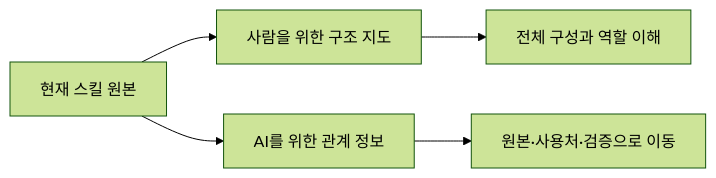
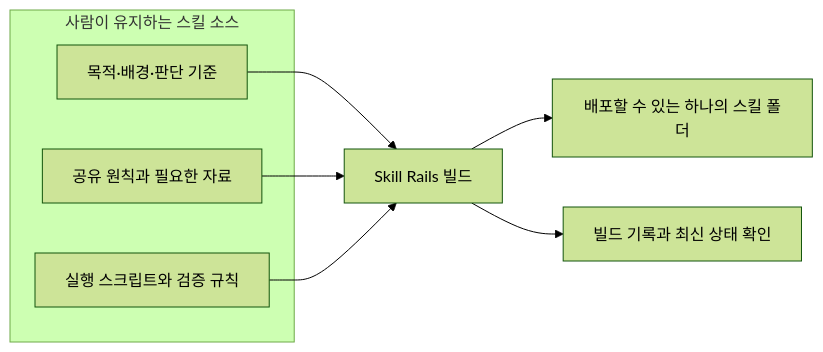
One commit to nanomia-ai/skill-rails changed the second of 2 diagrams in README.ko.md. Above: the diagram before and after it, drawn with Mermaid (forest theme). The commit also changed other lines of this file and 1 other file, not shown here.

Commit message:
docs: refresh bilingual Skill Rails introduction

````diff
--- a/README.ko.md
+++ b/README.ko.md
@@ -65,7 +46,13 @@
 ```mermaid
 flowchart LR
-    A["현재 스킬 원본"] --> B["사람을 위한 구조 지도"]
-    A --> C["AI를 위한 관계 정보"]
-    B --> D["전체 구성과 역할 이해"]
-    C --> E["원본·사용처·검증으로 이동"]
+    subgraph S["사람이 유지하는 스킬 소스"]
+        A["목적·배경·판단 기준"]
+        B["공유 원칙과 필요한 자료"]
+        C["실행 스크립트와 검증 규칙"]
+    end
+    A --> D["Skill Rails 빌드"]
+    B --> D
+    C --> D
+    D --> E["배포할 수 있는 하나의 스킬 폴더"]
+    D --> F["빌드 기록과 최신 상태 확인"]
 ```
````
